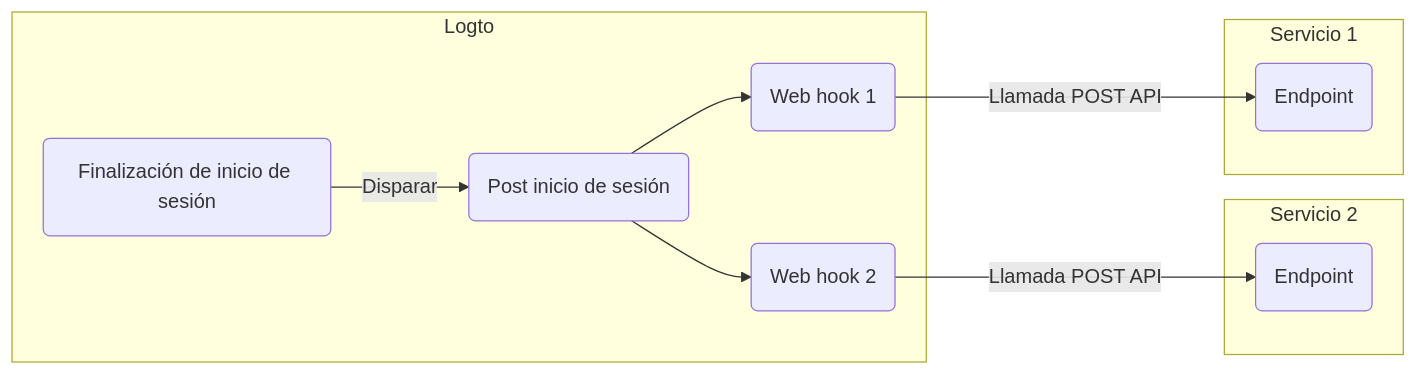
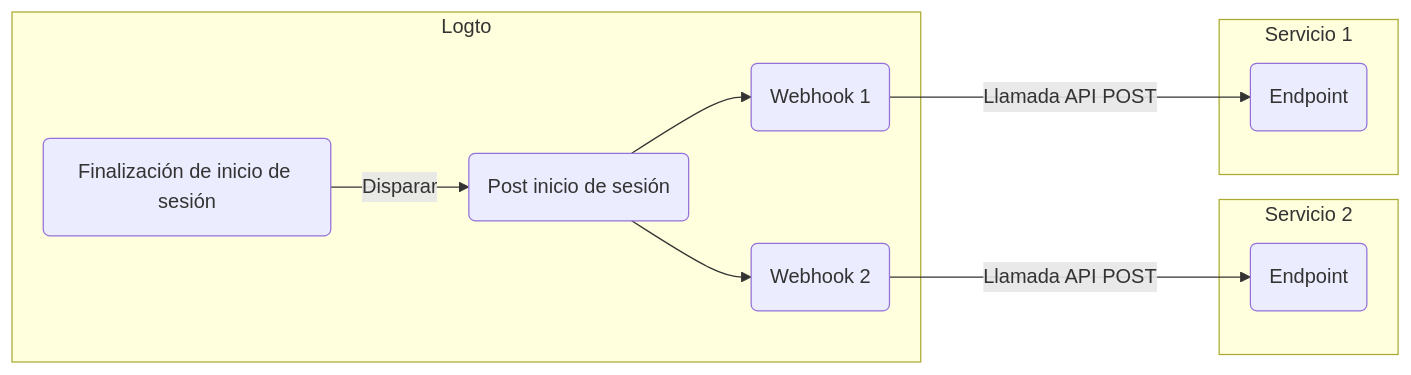
Before and after one commit to logto-io/docs: the diagram in i18n/es/docusaurus-plugin-content-docs/current/developers/webhooks/README.mdx, drawn with Mermaid. The commit also changed other lines of this file and 161 other files, not shown here.

````diff
--- a/i18n/es/docusaurus-plugin-content-docs/current/developers/webhooks/README.mdx
+++ b/i18n/es/docusaurus-plugin-content-docs/current/developers/webhooks/README.mdx
@@ -36,24 +38,24 @@
 ```mermaid
 graph LR
   subgraph Logto
     SF(Finalización de inicio de sesión)
     PS(Post inicio de sesión)
-    WH2(Web hook 2)
-    WH1(Web hook 1)
+    WH2(Webhook 2)
+    WH1(Webhook 1)
   end
 
   subgraph Servicio 2
     E2(Endpoint)
   end
 
   subgraph Servicio 1
     E1(Endpoint)
   end
 
   SF -->|Disparar| PS
   PS --> WH1
   PS --> WH2
-  WH1 --->|Llamada POST API| E1
-  WH2 --->|Llamada POST API| E2
+  WH1 --->|Llamada API POST| E1
+  WH2 --->|Llamada API POST| E2
 
 ```
````
